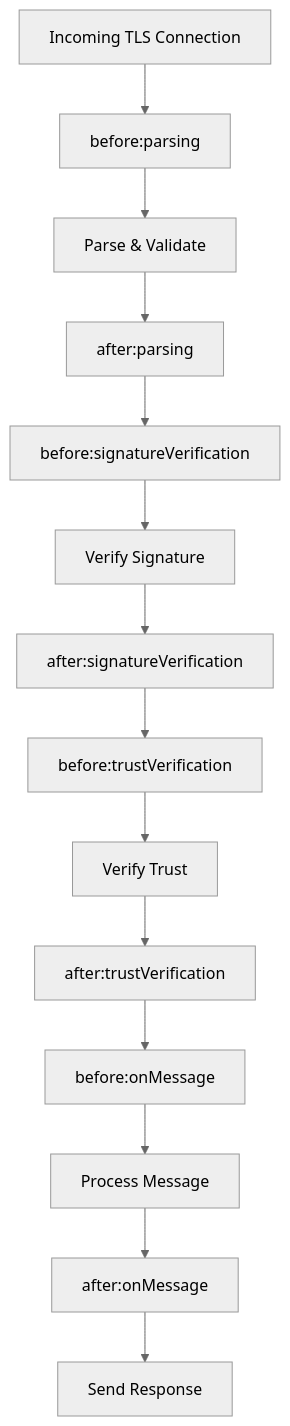
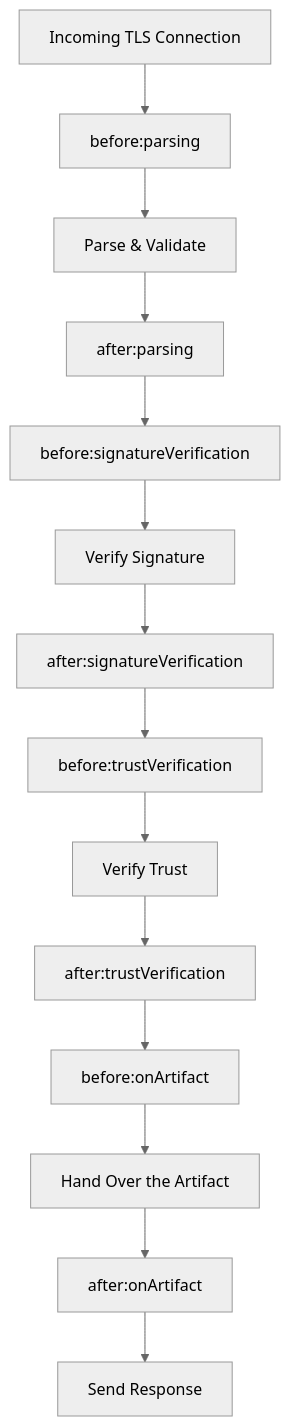
Before and after one commit to openbtps/btps-node: the diagram in docs/docusaurus/docs/server/middlewares.md, drawn with Mermaid (neutral theme). The commit also changed other lines of this file and 2 other files, not shown here.

````diff
--- a/docs/docusaurus/docs/server/middlewares.md
+++ b/docs/docusaurus/docs/server/middlewares.md
@@ -60,16 +62,16 @@
 ```mermaid
 flowchart TD
   A[Incoming TLS Connection] --> B[before:parsing]
   B --> C[Parse & Validate]
   C --> D[after:parsing]
   D --> E[before:signatureVerification]
   E --> F[Verify Signature]
   F --> G[after:signatureVerification]
   G --> H[before:trustVerification]
   H --> I[Verify Trust]
   I --> J[after:trustVerification]
-  J --> K[before:onMessage]
-  K --> L[Process Message]
-  L --> M[after:onMessage]
+  J --> K[before:onArtifact]
+  K --> L[Hand Over the Artifact]
+  L --> M[after:onArtifact]
   M --> N[Send Response]
 ```
````
